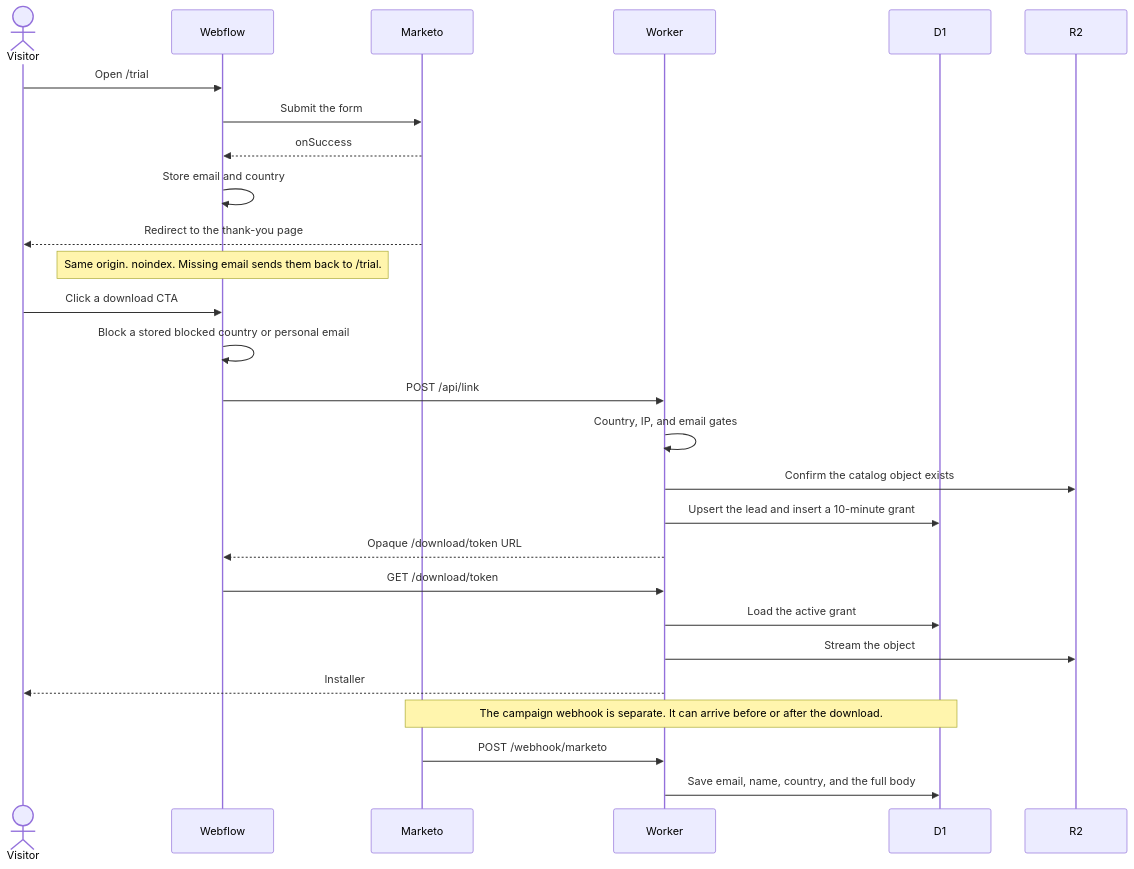
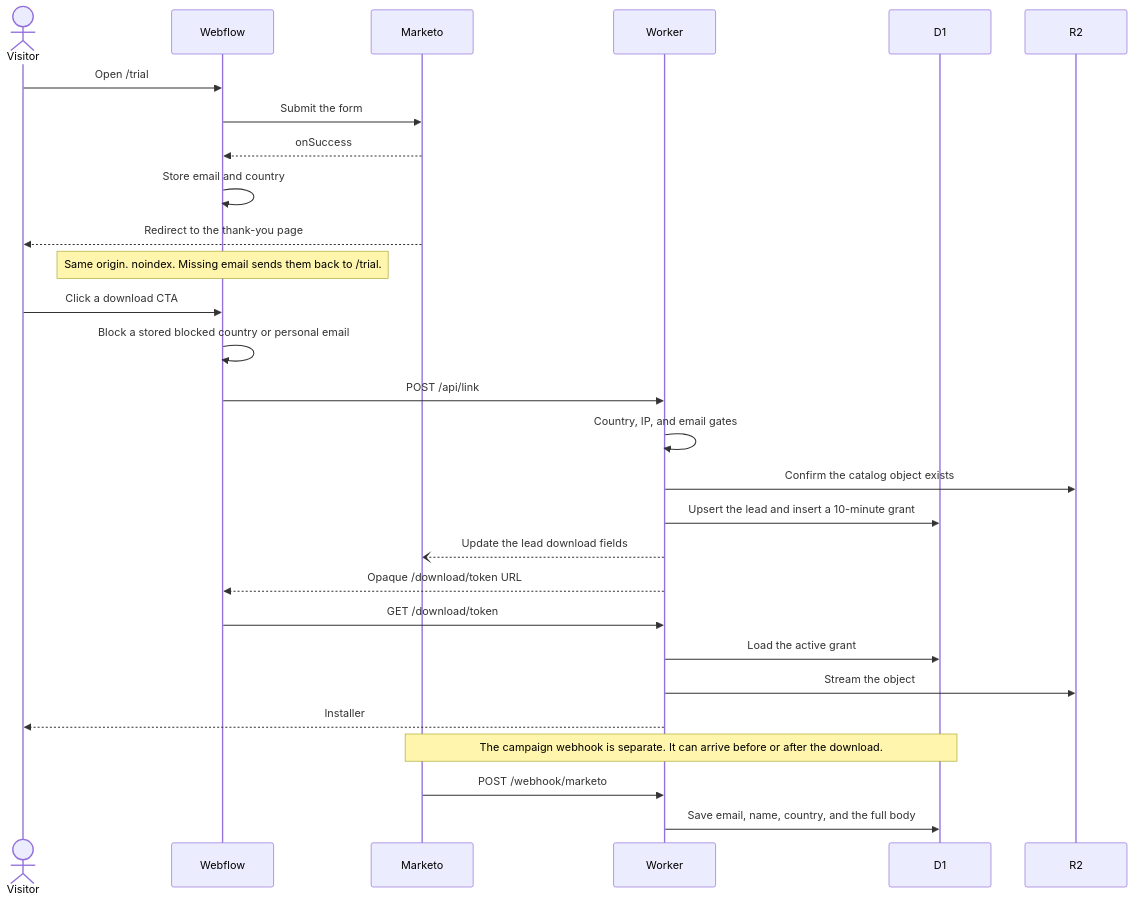
One commit to BX-Studio-Webflow/actian-worker changed the second of 3 diagrams in README.md. Above: the diagram before and after it, drawn with Mermaid. The commit also changed other lines of this file and 5 other files, not shown here.

Commit message:
feat: update Marketo lead handling to ensure updates occur on download link issuance and refine related documentation

````diff
--- a/README.md
+++ b/README.md
@@ -52,30 +52,31 @@
 ```mermaid
 sequenceDiagram
   actor Visitor
   participant Page as Webflow
   participant Marketo
   participant Worker
   participant D1
   participant R2
 
   Visitor->>Page: Open /trial
   Page->>Marketo: Submit the form
   Marketo-->>Page: onSuccess
   Page->>Page: Store email and country
   Marketo-->>Visitor: Redirect to the thank-you page
   Note over Page: Same origin. noindex. Missing email sends them back to /trial.
   Visitor->>Page: Click a download CTA
   Page->>Page: Block a stored blocked country or personal email
   Page->>Worker: POST /api/link
   Worker->>Worker: Country, IP, and email gates
   Worker->>R2: Confirm the catalog object exists
   Worker->>D1: Upsert the lead and insert a 10-minute grant
+  Worker--)Marketo: Update the lead download fields
   Worker-->>Page: Opaque /download/token URL
   Page->>Worker: GET /download/token
   Worker->>D1: Load the active grant
   Worker->>R2: Stream the object
   Worker-->>Visitor: Installer
   Note over Marketo,D1: The campaign webhook is separate. It can arrive before or after the download.
   Marketo->>Worker: POST /webhook/marketo
   Worker->>D1: Save email, name, country, and the full body
 ```
````
